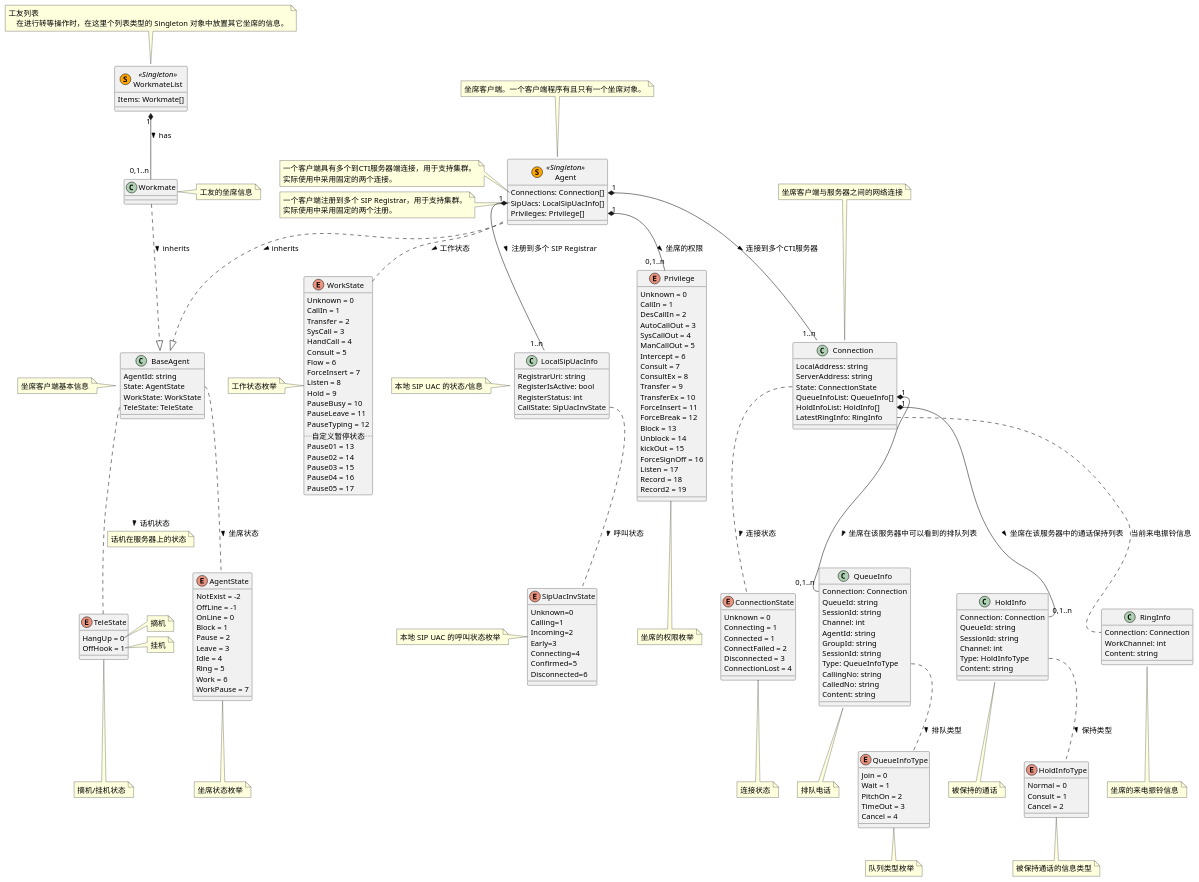
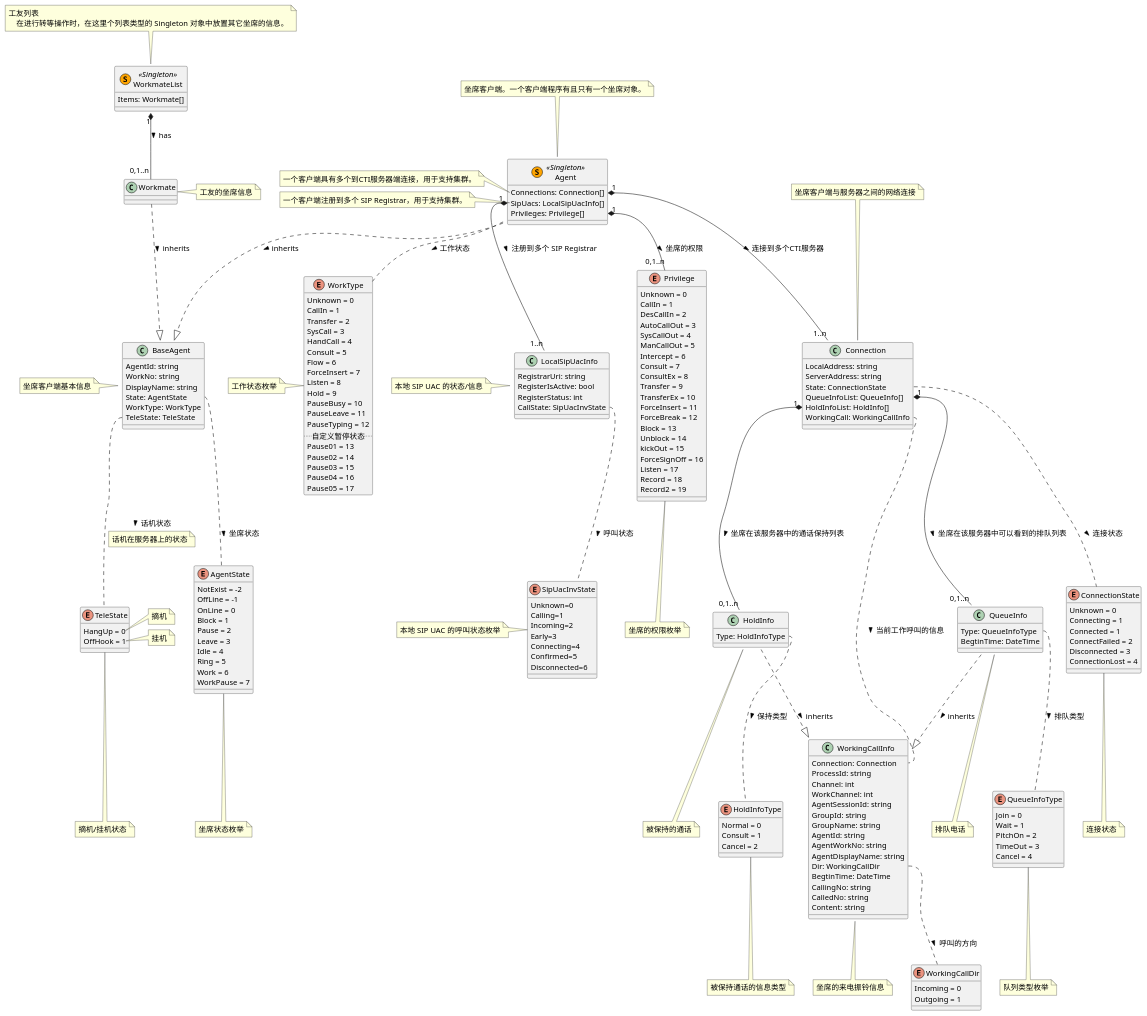
The diagram in docs/classes.puml (tanbro/ipsc6-agent), drawn with PlantUML before and after one commit.

Commit message:
较大幅度调整

```diff
--- a/docs/classes.puml
+++ b/docs/classes.puml
@@ -4,8 +4,10 @@
 
 class BaseAgent {
     AgentId: string
+    WorkNo: string
+    DisplayName: string
     State: AgentState
-    WorkState: WorkState
+    WorkType: WorkType
     TeleState: TeleState
 }
 note left: 坐席客户端基本信息
@@ -33,7 +35,7 @@
     State: ConnectionState
     QueueInfoList: QueueInfo[]
     HoldInfoList: HoldInfo[]
-    LatestRingInfo: RingInfo
+    WorkingCall: WorkingCallInfo
 }
 note top: 坐席客户端与服务器之间的网络连接
 
@@ -61,7 +63,7 @@
 }
 note bottom: 坐席状态枚举
 
-enum WorkState {
+enum WorkType {
     Unknown = 0
     CallIn = 1
     Transfer = 2
@@ -137,36 +139,43 @@
 note bottom: 坐席的权限枚举
 
 class QueueInfo {
-    Connection: Connection
-    QueueId: string
-    SessionId: string
-    Channel: int
-    AgentId: string
-    GroupId: string
-    SessionId: string
     Type: QueueInfoType
-    CallingNo: string
-    CalledNo: string
-    Content: string    
+    BegtinTime: DateTime
 }
 note bottom: 排队电话
 
 class HoldInfo {
-    Connection: Connection
-    QueueId: string
-    SessionId: string
-    Channel: int
     Type: HoldInfoType
-    Content: string
 }
 note bottom: 被保持的通话
 
-class RingInfo {
+enum WorkingCallDir {
+    Incoming = 0
+    Outgoing = 1
+}
+
+class WorkingCallInfo {
     Connection: Connection
+    ProcessId: string
+    Channel: int
     WorkChannel: int
+    AgentSessionId: string
+    GroupId: string
+    GroupName: string
+    AgentId: string
+    AgentWorkNo: string
+    AgentDisplayName: string
+    Dir: WorkingCallDir
+    BegtinTime: DateTime
+    CallingNo: string
+    CalledNo: string
     Content: string
 }
 note bottom: 坐席的来电振铃信息
+
+WorkingCallInfo::Dir .. WorkingCallDir: 呼叫的方向 >
+QueueInfo ..|> WorkingCallInfo: inherits >
+HoldInfo ..|> WorkingCallInfo: inherits >
 
 enum SipUacInvState {
   Unknown=0
@@ -200,21 +209,19 @@
 Agent::Connections "1" *-- "1..n" Connection: 连接到多个CTI服务器 >
 note left of Agent::Connections
     一个客户端具有多个到CTI服务器端连接，用于支持集群。
-    实际使用中采用固定的两个连接。
 endnote
 
 Agent::SipUacs "1" *-- "1..n" LocalSipUacInfo: 注册到多个 SIP Registrar >
 note left of Agent::SipUacs
     一个客户端注册到多个 SIP Registrar，用于支持集群。
-    实际使用中采用固定的两个注册。
 endnote
 Agent::Privileges "1" *-- "0,1..n" Privilege: 坐席的权限 >
-Agent::WorkState .. WorkState: 工作状态 >
+Agent::WorkType .. WorkType: 工作状态 >
 
 Connection::State .. ConnectionState: 连接状态 >
 Connection::QueueInfoList "1" *-- "0,1..n" QueueInfo::Connection:  坐席在该服务器中可以看到的排队列表 >
 Connection::HoldInfoList "1" *-- "0,1..n" HoldInfo::Connection:  坐席在该服务器中的通话保持列表 >
-Connection::LatestRingInfo .. RingInfo::Connection: 当前来电振铃信息
+Connection::WorkingCall .. WorkingCallInfo::Connection: 当前工作呼叫的信息 >
 
 QueueInfo::Type .. QueueInfoType: 排队类型 >
 
```
